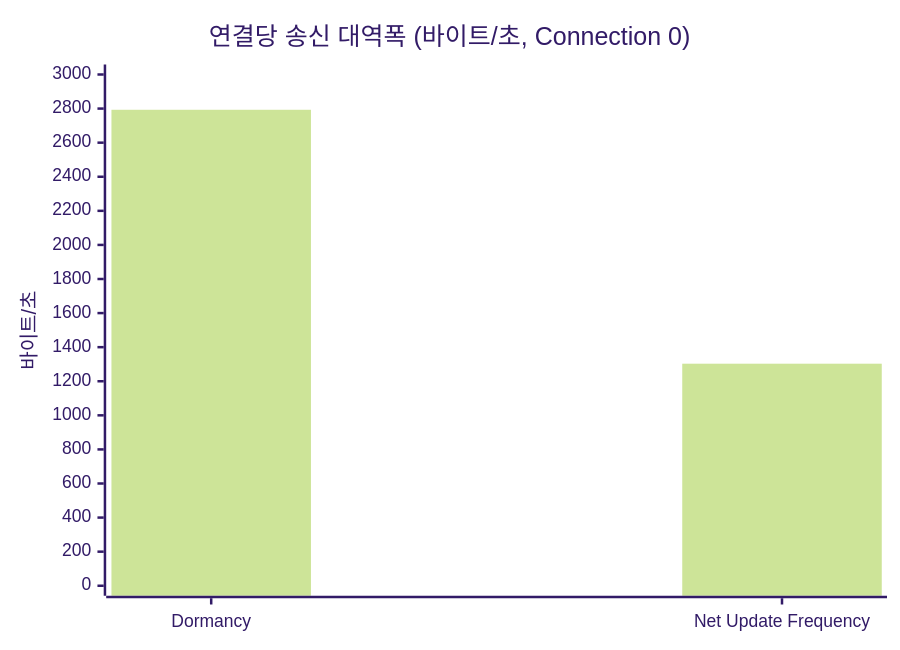
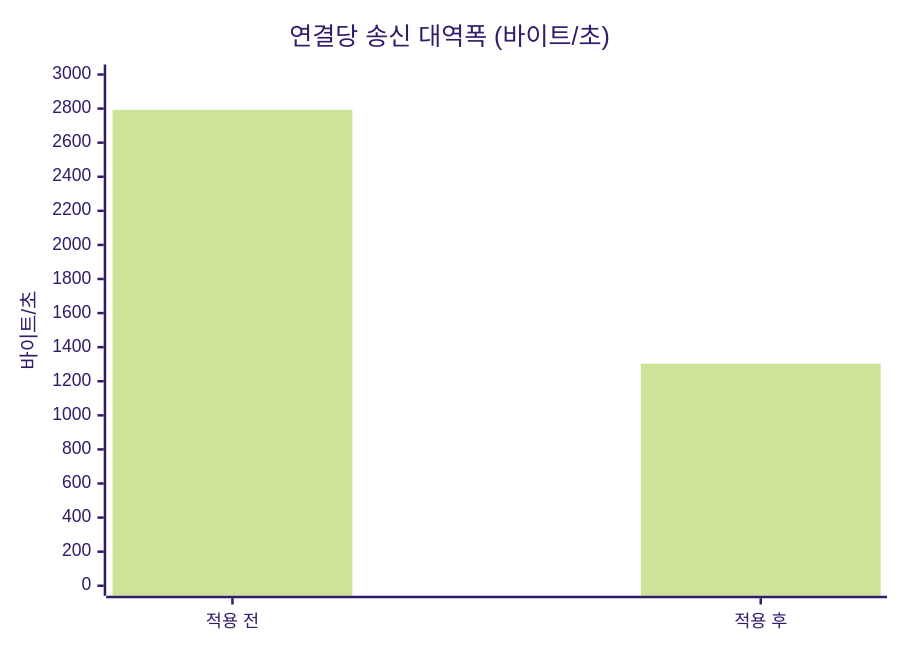
Before and after one commit to hon454/ue-dedicated-server-optimization-lab: the second of 2 diagrams in Posts/04-update-frequency/README.md, drawn with Mermaid (forest theme). The commit also changed other lines of this file and 9 other files, not shown here.

````diff
--- a/Posts/04-update-frequency/README.md
+++ b/Posts/04-update-frequency/README.md
@@ -143,7 +100,7 @@
 ```mermaid
 xychart-beta
-    title "연결당 송신 대역폭 (바이트/초, Connection 0)"
-    x-axis ["Dormancy", "Net Update Frequency"]
+    title "연결당 송신 대역폭 (바이트/초)"
+    x-axis ["적용 전", "적용 후"]
     y-axis "바이트/초" 0 --> 3000
     bar [2793, 1303]
 ```
````
